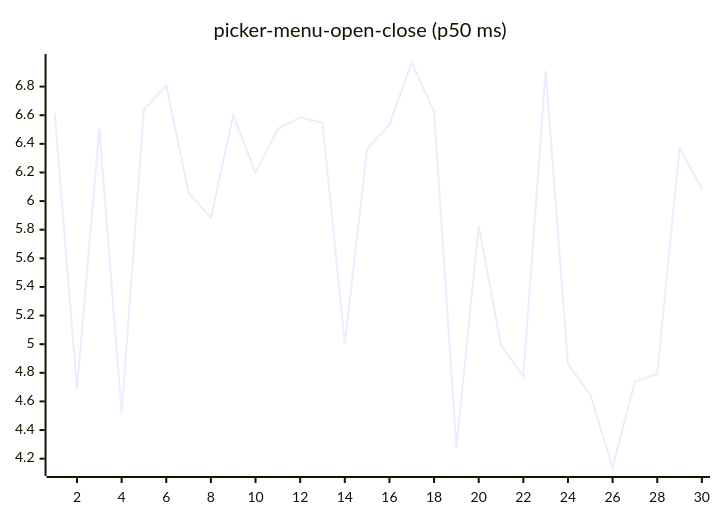
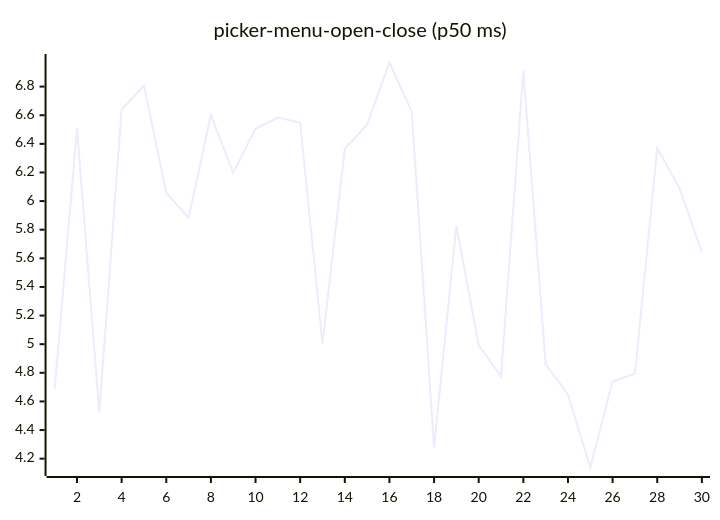
Before and after one commit to josha/Facet: diagram 16 of 27 in README.md, drawn with Mermaid. The commit also changed other lines of this file and 2 other files, not shown here.

````diff
--- a/README.md
+++ b/README.md
@@ -168,6 +168,6 @@
 ```mermaid
 xychart-beta
     title "picker-menu-open-close (p50 ms)"
     x-axis 1 --> 30
-    line [6.6154, 4.6873, 6.5076, 4.5232, 6.6400, 6.8077, 6.0581, 5.8829, 6.6018, 6.1978, 6.5053, 6.5840, 6.5483, 5.0039, 6.3653, 6.5343, 6.9684, 6.6249, 4.2762, 5.8275, 4.9929, 4.7749, 6.9094, 4.8605, 4.6493, 4.1383, 4.7397, 4.7934, 6.3713, 6.0885]
+    line [4.6873, 6.5076, 4.5232, 6.6400, 6.8077, 6.0581, 5.8829, 6.6018, 6.1978, 6.5053, 6.5840, 6.5483, 5.0039, 6.3653, 6.5343, 6.9684, 6.6249, 4.2762, 5.8275, 4.9929, 4.7749, 6.9094, 4.8605, 4.6493, 4.1383, 4.7397, 4.7934, 6.3713, 6.0885, 5.6440]
 ```
````
